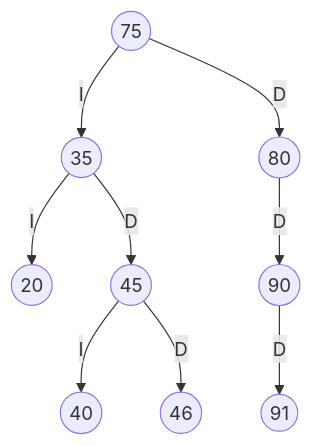
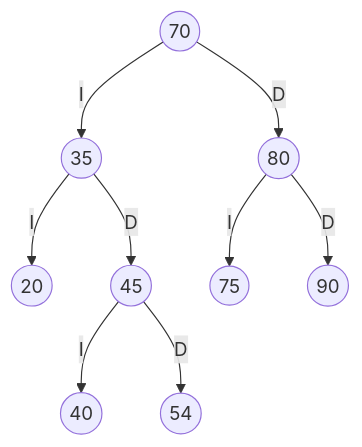
One commit to sr632252-crypto/Deber-Arboles-TenorioJonathan changed the fourth of 4 diagrams in TRAZAS.md. Above: the diagram before and after it, drawn with Mermaid. The commit also changed other lines of this file, not shown here.

````diff
--- a/TRAZAS.md
+++ b/TRAZAS.md
@@ -185,20 +183,20 @@
 ```mermaid
 graph TD
-    N75((75))
-    N75 -->|I| N35
-    N75 -->|D| N80
+    N70((70))
+    N70 -->|I| N35
+    N70 -->|D| N80
     N35((35))
     N35 -->|I| N20
     N35 -->|D| N45
     N20((20))
     N45((45))
     N45 -->|I| N40
-    N45 -->|D| N46
+    N45 -->|D| N54
     N40((40))
-    N46((46))
+    N54((54))
     N80((80))
+    N80 -->|I| N75
     N80 -->|D| N90
+    N75((75))
     N90((90))
-    N90 -->|D| N91
-    N91((91))
 ```
````
